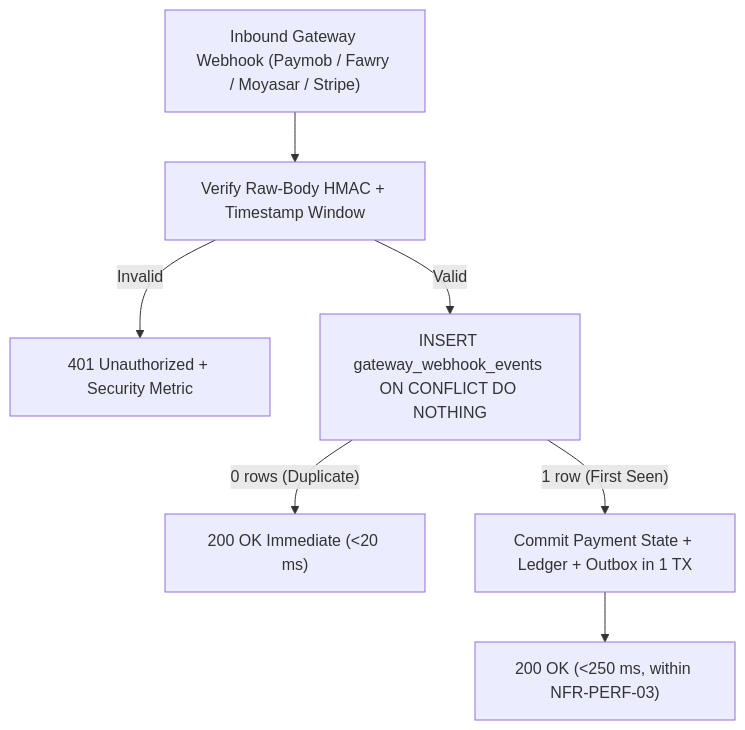
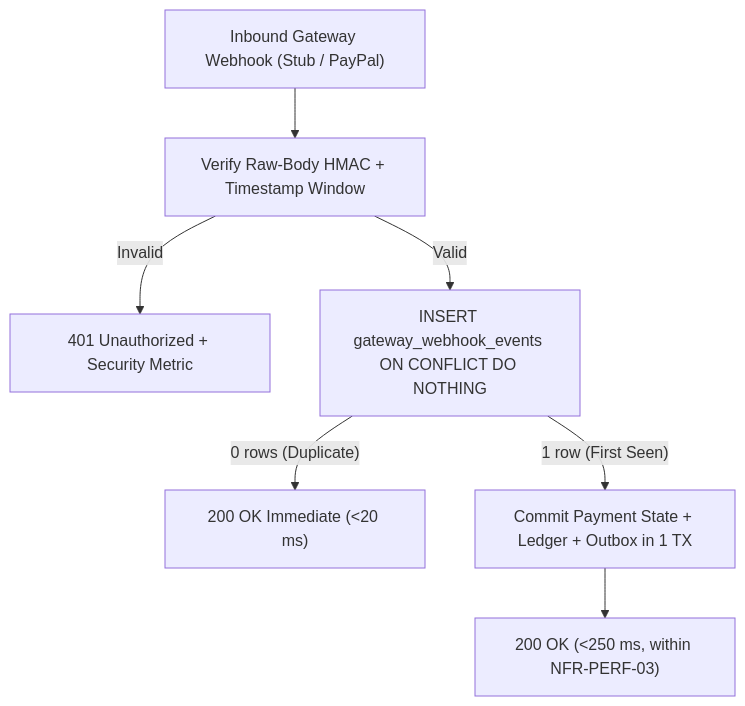
Before and after one commit to mohamedhabibwork/trips-enjoy-docs: the third of 4 diagrams in content/docs/recommendations/architecture-and-ops.mdx, drawn with Mermaid. The commit also changed other lines of this file and 117 other files, not shown here.

````diff
--- a/content/docs/recommendations/architecture-and-ops.mdx
+++ b/content/docs/recommendations/architecture-and-ops.mdx
@@ -277,9 +277,9 @@
 ```mermaid
 flowchart TD
-  WH["Inbound Gateway Webhook (Paymob / Fawry / Moyasar / Stripe)"] --> SIG["Verify Raw-Body HMAC + Timestamp Window"]
+  WH["Inbound Gateway Webhook (Stub / PayPal)"] --> SIG["Verify Raw-Body HMAC + Timestamp Window"]
   SIG -->|"Invalid"| REJ["401 Unauthorized + Security Metric"]
   SIG -->|"Valid"| DEDUP["INSERT gateway_webhook_events ON CONFLICT DO NOTHING"]
   DEDUP -->|"0 rows (Duplicate)"| ACK1["200 OK Immediate (<20 ms)"]
   DEDUP -->|"1 row (First Seen)"| ACK2["Commit Payment State + Ledger + Outbox in 1 TX"]
   ACK2 --> OK["200 OK (<250 ms, within NFR-PERF-03)"]
 ```
````
